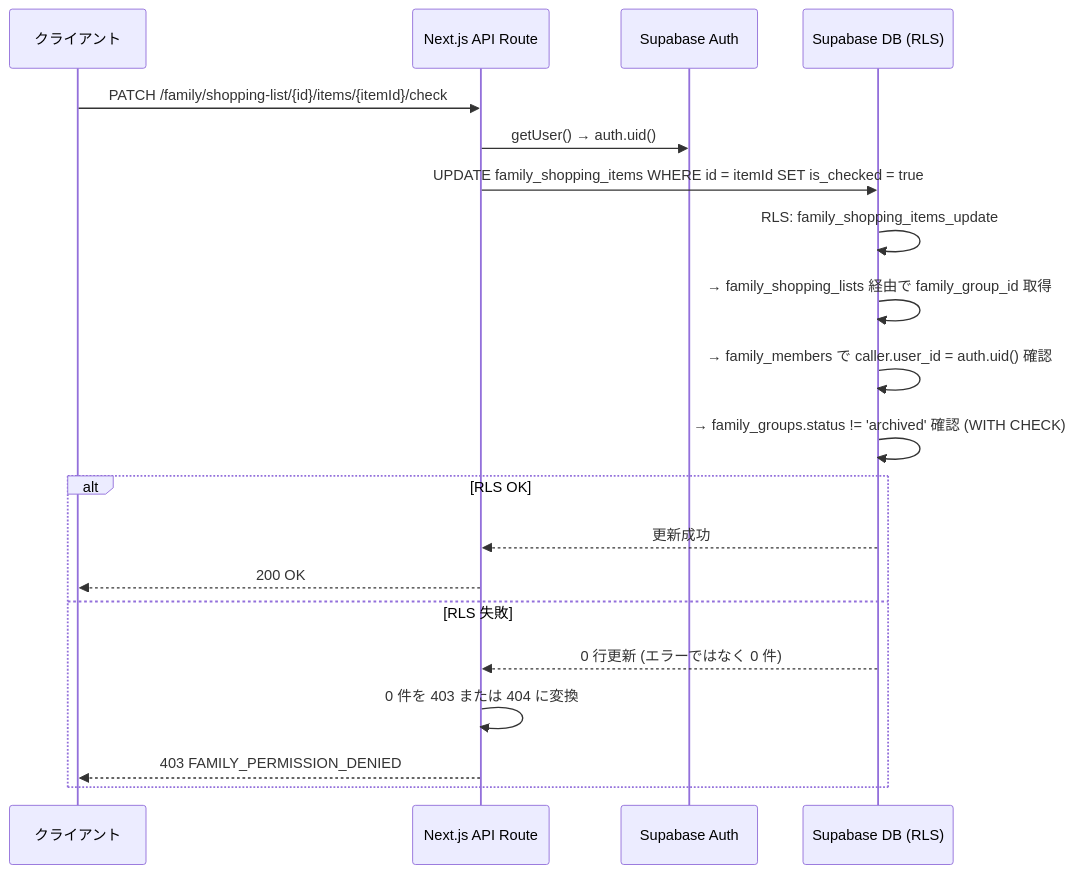
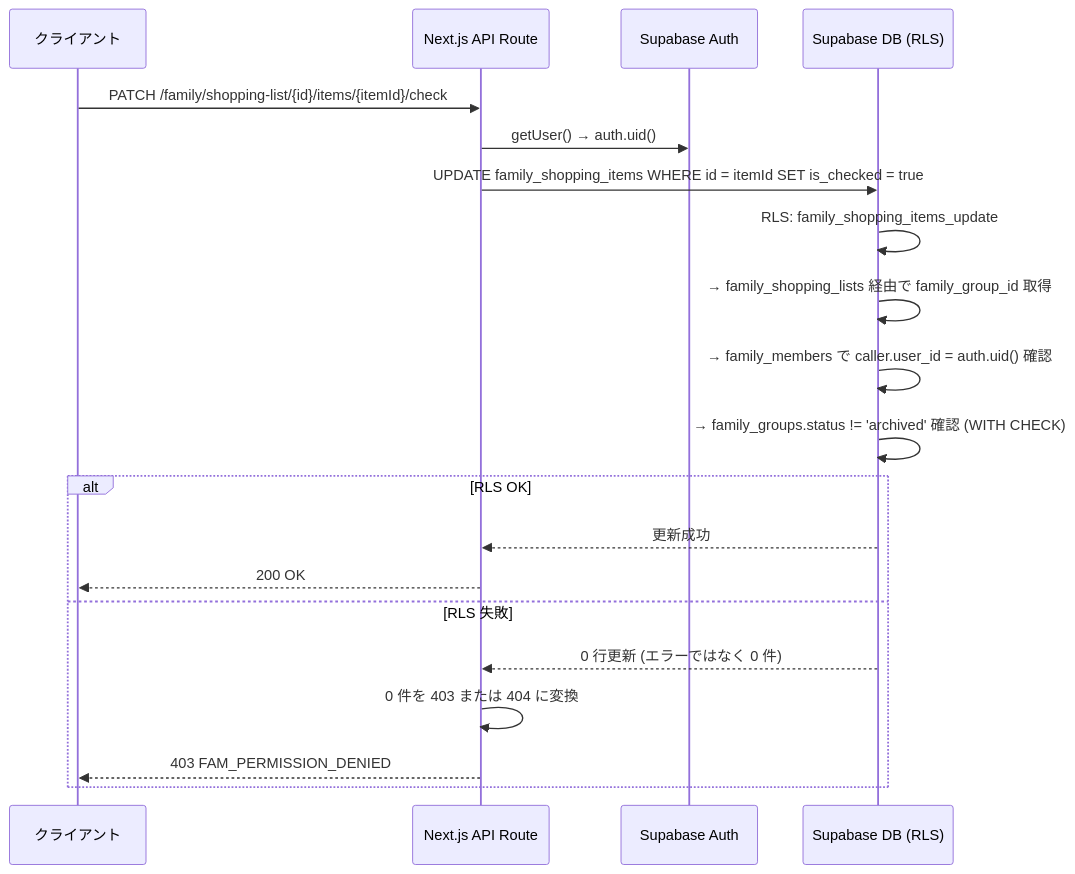
Before and after one commit to DaisukeHori/homegohan-app: the diagram in docs/design/family/08-rls-policies.md, drawn with Mermaid. The commit also changed other lines of this file and 21 other files, not shown here.

````diff
--- a/docs/design/family/08-rls-policies.md
+++ b/docs/design/family/08-rls-policies.md
@@ -721,25 +721,25 @@
 ```mermaid
 sequenceDiagram
   participant Client as クライアント
   participant API as Next.js API Route
   participant Auth as Supabase Auth
   participant DB as Supabase DB (RLS)
 
   Client->>API: PATCH /family/shopping-list/{id}/items/{itemId}/check
   API->>Auth: getUser() → auth.uid()
   API->>DB: UPDATE family_shopping_items WHERE id = itemId SET is_checked = true
 
   DB->>DB: RLS: family_shopping_items_update
   DB->>DB:   → family_shopping_lists 経由で family_group_id 取得
   DB->>DB:   → family_members で caller.user_id = auth.uid() 確認
   DB->>DB:   → family_groups.status != 'archived' 確認 (WITH CHECK)
 
   alt RLS OK
     DB-->>API: 更新成功
     API-->>Client: 200 OK
   else RLS 失敗
     DB-->>API: 0 行更新 (エラーではなく 0 件)
     API->>API: 0 件を 403 または 404 に変換
-    API-->>Client: 403 FAMILY_PERMISSION_DENIED
+    API-->>Client: 403 FAM_PERMISSION_DENIED
   end
 ```
````
